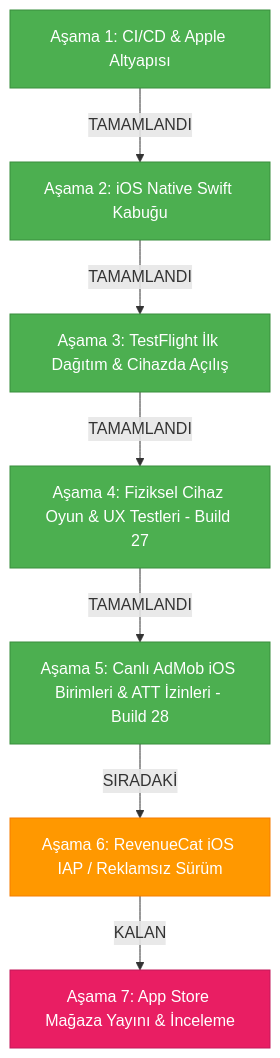
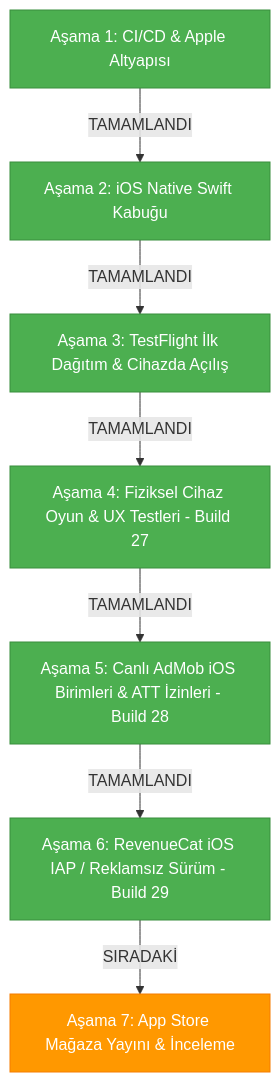
The diagram in MD Files/AI_Guide_iOS.md (toygun1725/2-player-snake), drawn with Mermaid before and after one commit. The commit also changed other lines of this file and 9 other files, not shown here.

Commit message:
feat(ios): integrate RevenueCat StoreKit 2 IAP for ad removal (Stage 6 - Build 29)

````diff
--- a/MD Files/AI_Guide_iOS.md
+++ b/MD Files/AI_Guide_iOS.md
@@ -87,17 +87,17 @@
 ```mermaid
 flowchart TD
     A[Aşama 1: CI/CD & Apple Altyapısı] -->|TAMAMLANDI| B[Aşama 2: iOS Native Swift Kabuğu]
     B -->|TAMAMLANDI| C[Aşama 3: TestFlight İlk Dağıtım & Cihazda Açılış]
     C -->|TAMAMLANDI| D[Aşama 4: Fiziksel Cihaz Oyun & UX Testleri - Build 27]
     D -->|TAMAMLANDI| E[Aşama 5: Canlı AdMob iOS Birimleri & ATT İzinleri - Build 28]
-    E -->|SIRADAKİ| F[Aşama 6: RevenueCat iOS IAP / Reklamsız Sürüm]
-    F -->|KALAN| G[Aşama 7: App Store Mağaza Yayını & İnceleme]
+    E -->|TAMAMLANDI| F[Aşama 6: RevenueCat iOS IAP / Reklamsız Sürüm - Build 29]
+    F -->|SIRADAKİ| G[Aşama 7: App Store Mağaza Yayını & İnceleme]
 
     style A fill:#4CAF50,stroke:#388E3C,color:#fff
     style B fill:#4CAF50,stroke:#388E3C,color:#fff
     style C fill:#4CAF50,stroke:#388E3C,color:#fff
     style D fill:#4CAF50,stroke:#388E3C,color:#fff
     style E fill:#4CAF50,stroke:#388E3C,color:#fff
-    style F fill:#FF9800,stroke:#F57C00,color:#fff
-    style G fill:#E91E63,stroke:#C2185B,color:#fff
+    style F fill:#4CAF50,stroke:#388E3C,color:#fff
+    style G fill:#FF9800,stroke:#F57C00,color:#fff
 ```
````
